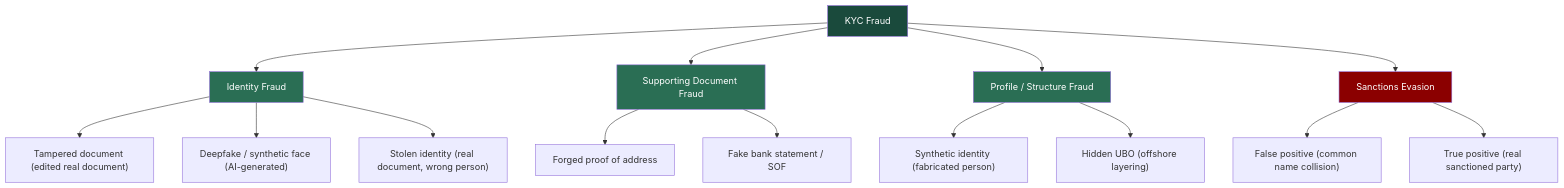
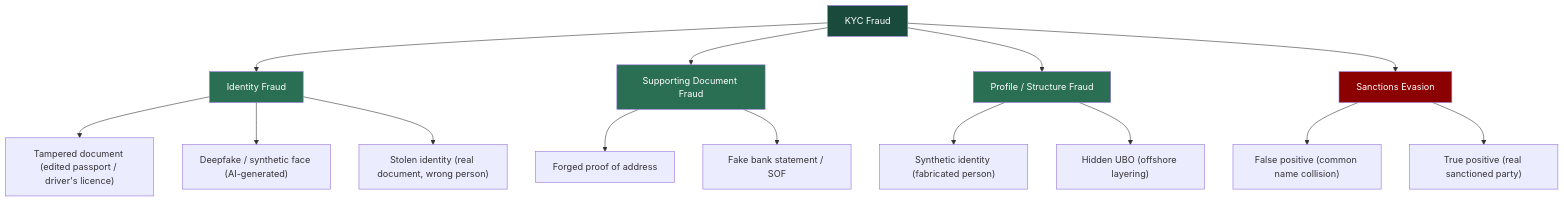
Before and after one commit to KotsykAndrey/aml-blockchain-portfolio: the diagram in case-3-kyc-document-forensics/readme.md, drawn with Mermaid. The commit also changed other lines of this file, not shown here.

````diff
--- a/case-3-kyc-document-forensics/readme.md
+++ b/case-3-kyc-document-forensics/readme.md
@@ -48,26 +48,26 @@
 ```mermaid
 flowchart TD
     A["KYC Fraud"] --> B["Identity Fraud"]
     A --> C["Supporting Document Fraud"]
     A --> D["Profile / Structure Fraud"]
     A --> E["Sanctions Evasion"]
  
-    B --> B1["Tampered document (edited real document)"]
+    B --> B1["Tampered document (edited passport / driver's licence)"]
     B --> B2["Deepfake / synthetic face (AI-generated)"]
     B --> B3["Stolen identity (real document, wrong person)"]
  
     C --> C1["Forged proof of address"]
     C --> C2["Fake bank statement / SOF"]
  
     D --> D1["Synthetic identity (fabricated person)"]
     D --> D2["Hidden UBO (offshore layering)"]
  
     E --> E1["False positive (common name collision)"]
     E --> E2["True positive (real sanctioned party)"]
  
     style A fill:#1A4A3C,color:#fff
     style B fill:#2A6E54,color:#fff
     style C fill:#2A6E54,color:#fff
     style D fill:#2A6E54,color:#fff
     style E fill:#8b0000,color:#fff
 ```
````
